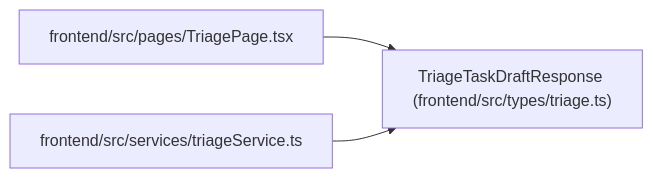
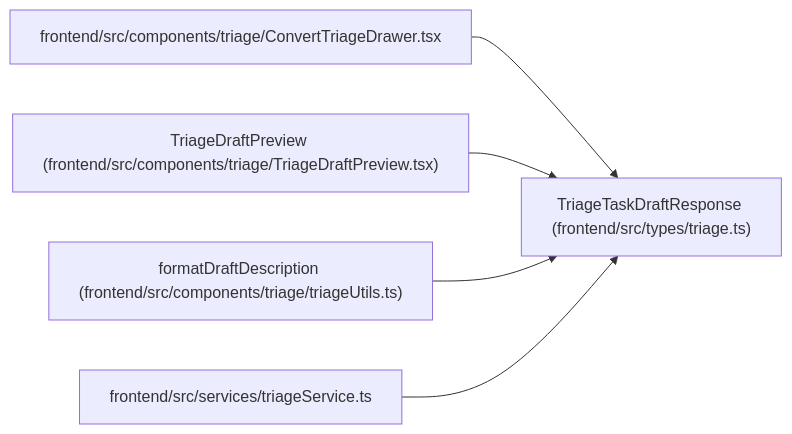
Before and after one commit to Denissvgn/WorkChord: the diagram in docs/llm_wiki/entities/types_triage_TriageTaskDraftResponse.md, drawn with Mermaid. The commit also changed other lines of this file and 2373 other files, not shown here.

````diff
--- a/docs/llm_wiki/entities/types_triage_TriageTaskDraftResponse.md
+++ b/docs/llm_wiki/entities/types_triage_TriageTaskDraftResponse.md
@@ -45,11 +45,17 @@
 ```mermaid
 flowchart LR
     n0["TriageTaskDraftResponse (frontend/src/types/triage.ts)"]
-    n1["frontend/src/pages/TriagePage.tsx"]
-    n2["frontend/src/services/triageService.ts"]
+    n1["frontend/src/components/triage/ConvertTriageDrawer.tsx"]
+    n2["TriageDraftPreview (frontend/src/components/triage/TriageDraftPreview.tsx)"]
+    n3["formatDraftDescription (frontend/src/components/triage/triageUtils.ts)"]
+    n4["frontend/src/services/triageService.ts"]
     n1 --> n0
     n2 --> n0
+    n3 --> n0
+    n4 --> n0
     click n0 "../modules/types_triage.md"
-    click n1 "../modules/TriagePage.md"
-    click n2 "../modules/triageService.md"
+    click n1 "../modules/ConvertTriageDrawer.md"
+    click n2 "../modules/TriageDraftPreview.md"
+    click n3 "../modules/triageUtils.md"
+    click n4 "../modules/triageService.md"
 ```
````
